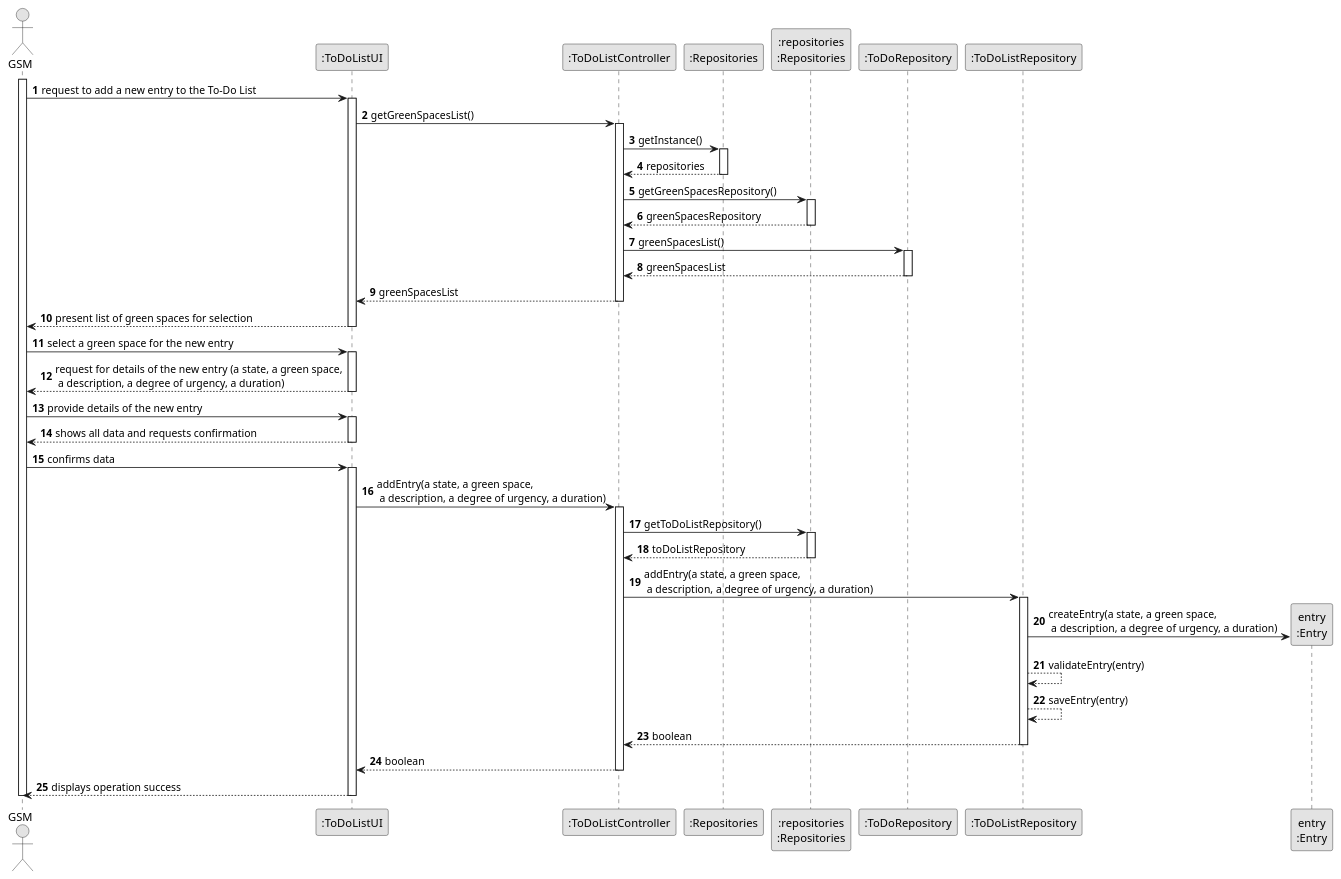
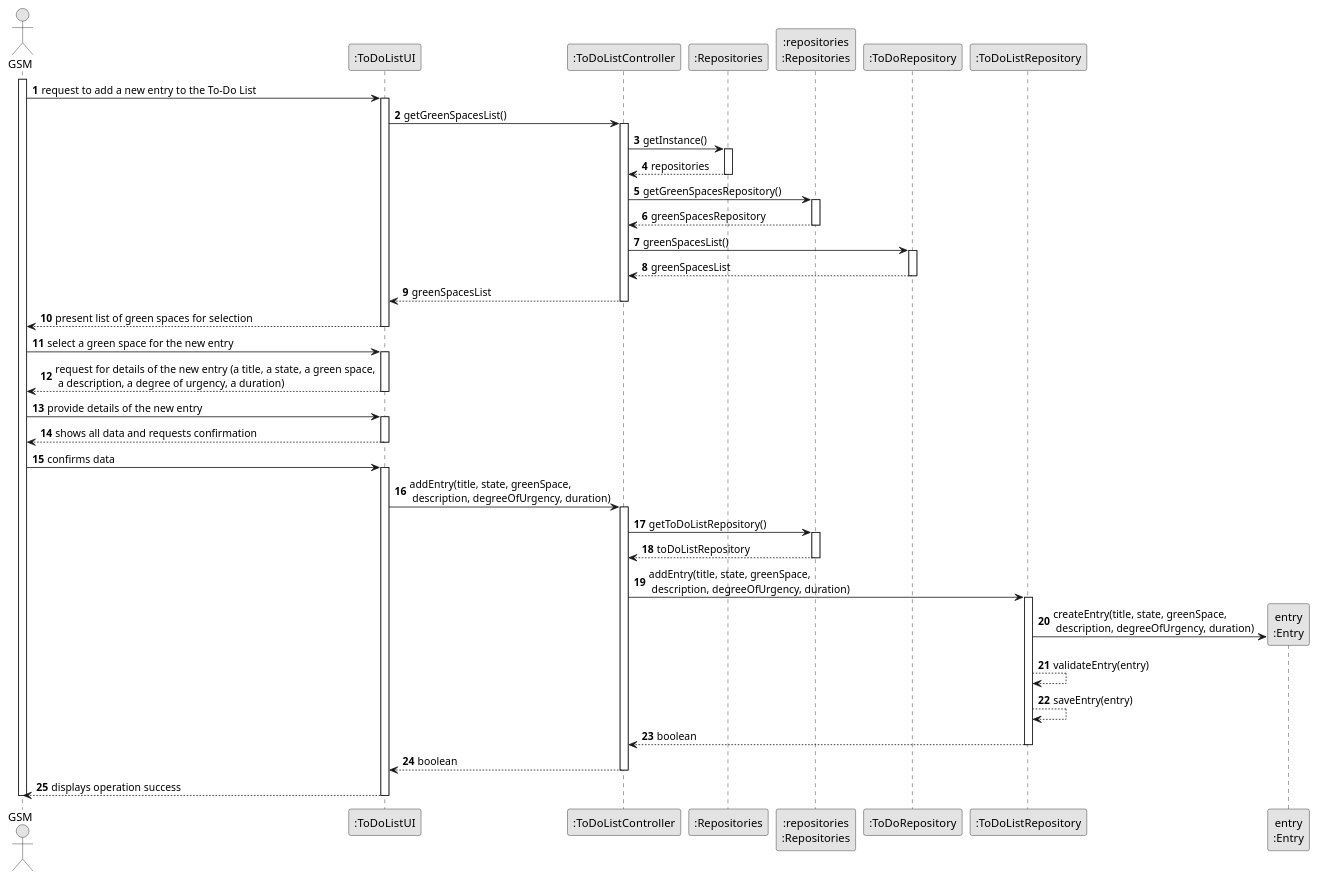
Before and after one commit to rpedros02/lei-24-s2-1DL-g08: the diagram in docs/sprintC/us021/03.design/puml/us021-sequence-diagram-full.puml, drawn with PlantUML. The commit also changed 5 other files, not shown here.

```diff
--- a/docs/sprintC/us021/03.design/puml/us021-sequence-diagram-full.puml
+++ b/docs/sprintC/us021/03.design/puml/us021-sequence-diagram-full.puml
@@ -1,92 +1,92 @@
 @startuml
 skinparam monochrome true
 skinparam packageStyle rectangle
 skinparam shadowing false
 
 autonumber
 
 'hide footbox
 actor "GSM" as ADM
 participant ":ToDoListUI" as UI
 participant ":ToDoListController" as CTRL
 participant ":Repositories" as RepositorySingleton
 participant ":repositories\n:Repositories" as PLAT
 
 participant ":ToDoRepository" as DOUR
 participant ":ToDoListRepository" as TDR
 participant "entry\n:Entry" as TASK
 
 activate ADM
 
     ADM -> UI : request to add a new entry to the To-Do List
     activate UI
 
         UI -> CTRL : getGreenSpacesList()
         activate CTRL
 
             CTRL -> RepositorySingleton : getInstance()
             activate RepositorySingleton
 
                 RepositorySingleton --> CTRL : repositories
             deactivate RepositorySingleton
 
             CTRL -> PLAT : getGreenSpacesRepository()
             activate PLAT
 
                 PLAT --> CTRL : greenSpacesRepository
             deactivate PLAT
 
             CTRL -> DOUR : greenSpacesList()
             activate DOUR
 
                 DOUR --> CTRL : greenSpacesList
             deactivate DOUR
 
             CTRL --> UI : greenSpacesList
         deactivate CTRL
 
         UI --> ADM : present list of green spaces for selection
     deactivate UI
 
     ADM -> UI : select a green space for the new entry
     activate UI
 
-        UI --> ADM : request for details of the new entry (a state, a green space,\n a description, a degree of urgency, a duration)
+        UI --> ADM : request for details of the new entry (a title, a state, a green space,\n a description, a degree of urgency, a duration)
     deactivate UI
 
     ADM -> UI : provide details of the new entry
     activate UI
 
         UI --> ADM : shows all data and requests confirmation
     deactivate UI
 
     ADM -> UI : confirms data
     activate UI
 
-        UI -> CTRL : addEntry(a state, a green space,\n a description, a degree of urgency, a duration)
+        UI -> CTRL : addEntry(title, state, greenSpace,\n description, degreeOfUrgency, duration)
         activate CTRL
 
             CTRL -> PLAT : getToDoListRepository()
             activate PLAT
 
                 PLAT --> CTRL : toDoListRepository
             deactivate PLAT
 
-            CTRL -> TDR : addEntry(a state, a green space,\n a description, a degree of urgency, a duration)
+            CTRL -> TDR : addEntry(title, state, greenSpace,\n description, degreeOfUrgency, duration)
             activate TDR
 
-                TDR -> TASK** : createEntry(a state, a green space,\n a description, a degree of urgency, a duration)
+                TDR -> TASK** : createEntry(title, state, greenSpace,\n description, degreeOfUrgency, duration)
                 TDR --> TDR : validateEntry(entry)
                 TDR --> TDR : saveEntry(entry)
                 TDR --> CTRL : boolean
             deactivate TDR
 
             CTRL --> UI : boolean
         deactivate CTRL
 
         UI --> ADM : displays operation success
     deactivate UI
 
 deactivate ADM
 
 @enduml
```
